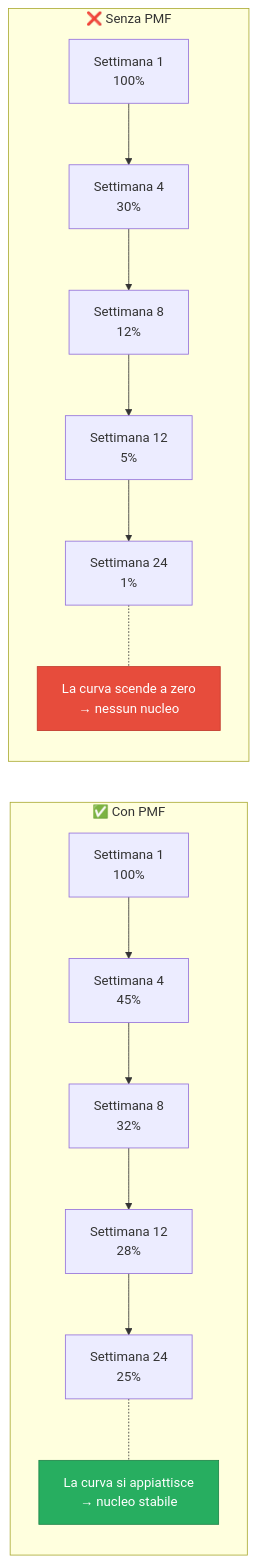
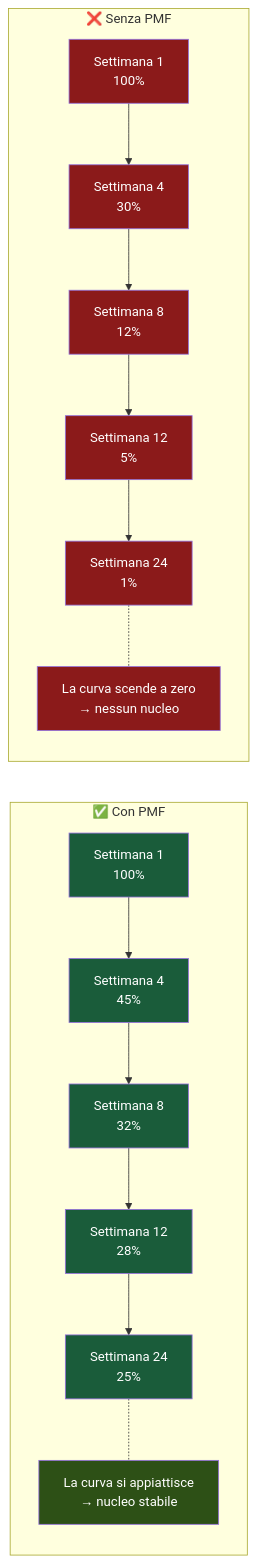
One commit to AndreyBertasini/gynnitech changed the second of 5 diagrams in src/content/corso/analisi-prodotto/product-market-fit.mdx. Above: the diagram before and after it, drawn with Mermaid. The commit also changed other lines of this file and 21 other files, not shown here.

First line of the commit message:
style: applica color scheme semantico a tutti i diagrammi Mermaid del corso

````diff
--- a/src/content/corso/analisi-prodotto/product-market-fit.mdx
+++ b/src/content/corso/analisi-prodotto/product-market-fit.mdx
@@ -88,19 +91,29 @@
 ```mermaid
 graph LR
     subgraph "✅ Con PMF"
         A1["Settimana 1\n100%"] --> A2["Settimana 4\n45%"]
         A2 --> A3["Settimana 8\n32%"]
         A3 --> A4["Settimana 12\n28%"]
         A4 --> A5["Settimana 24\n25%"]
         A5 -.- NOTE1["La curva si appiattisce\n→ nucleo stabile"]
     end
     subgraph "❌ Senza PMF"
         B1["Settimana 1\n100%"] --> B2["Settimana 4\n30%"]
         B2 --> B3["Settimana 8\n12%"]
         B3 --> B4["Settimana 12\n5%"]
         B4 --> B5["Settimana 24\n1%"]
         B5 -.- NOTE2["La curva scende a zero\n→ nessun nucleo"]
     end
-    style NOTE1 fill:#27ae60,stroke:#1e8449,color:#fff
-    style NOTE2 fill:#e74c3c,stroke:#c0392b,color:#fff
+    style A1 fill:#1a5c3a,color:#ffffff
+    style A2 fill:#1a5c3a,color:#ffffff
+    style A3 fill:#1a5c3a,color:#ffffff
+    style A4 fill:#1a5c3a,color:#ffffff
+    style A5 fill:#1a5c3a,color:#ffffff
+    style NOTE1 fill:#2d5016,color:#ffffff
+    style B1 fill:#8b1a1a,color:#ffffff
+    style B2 fill:#8b1a1a,color:#ffffff
+    style B3 fill:#8b1a1a,color:#ffffff
+    style B4 fill:#8b1a1a,color:#ffffff
+    style B5 fill:#8b1a1a,color:#ffffff
+    style NOTE2 fill:#8b1a1a,color:#ffffff
 ```
````
